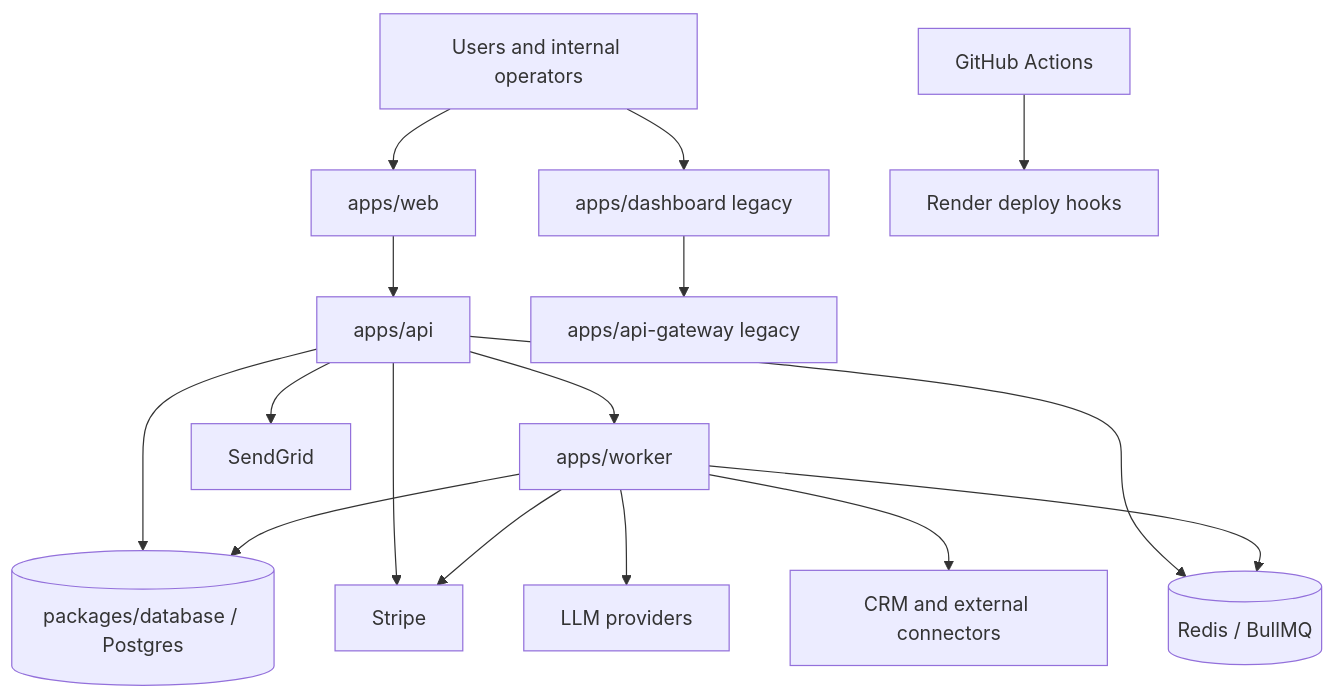
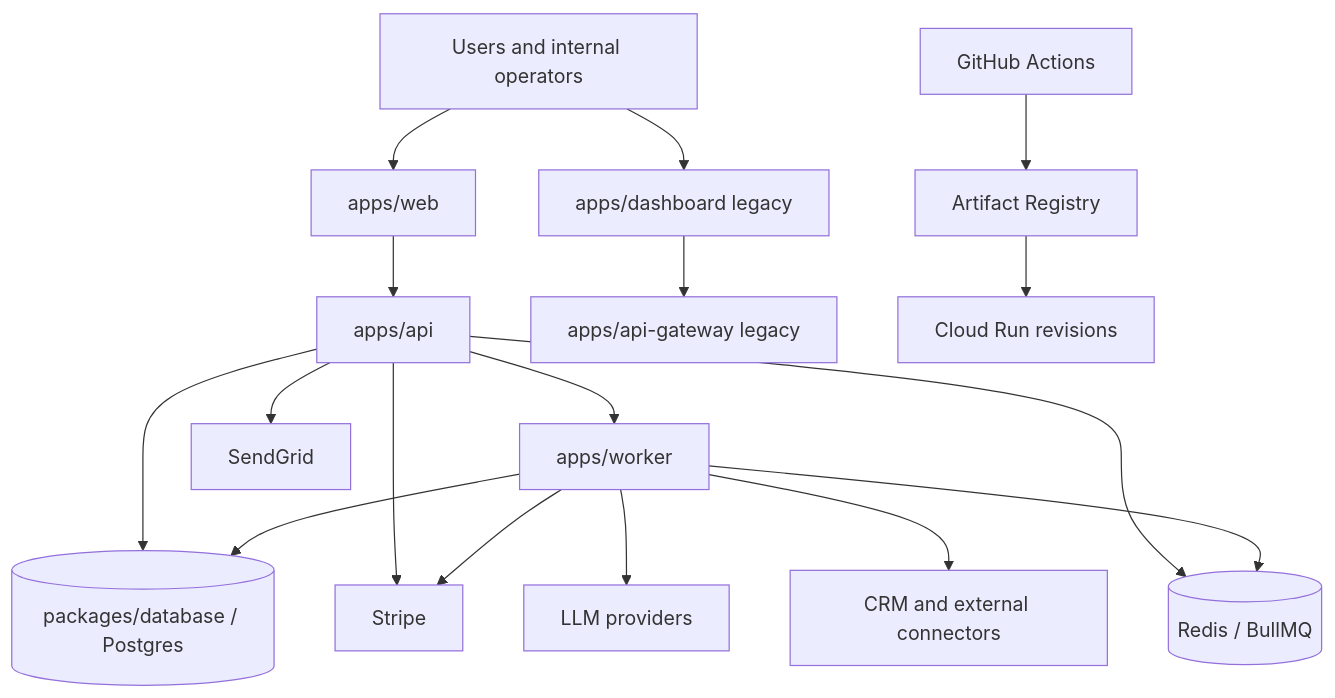
Before and after one commit to MaarksN/PROJETO-FINAL-BIRTHUB-360-INNOVATION: the first of 3 diagrams in docs/f10/architecture.md, drawn with Mermaid. The commit also changed other lines of this file and 82 other files, not shown here.

````diff
--- a/docs/f10/architecture.md
+++ b/docs/f10/architecture.md
@@ -16,18 +16,19 @@
 ```mermaid
 graph TD
   Users[Users and internal operators] --> Web[apps/web]
   Users --> Dashboard[apps/dashboard legacy]
   Web --> Api[apps/api]
   Dashboard --> ApiGateway[apps/api-gateway legacy]
   Api --> Worker[apps/worker]
   Api --> Database[(packages/database / Postgres)]
   Worker --> Database
   Api --> Stripe[Stripe]
   Worker --> Stripe
   Api --> SendGrid[SendGrid]
   Worker --> LLM[LLM providers]
   Worker --> CRM[CRM and external connectors]
   Api --> Redis[(Redis / BullMQ)]
   Worker --> Redis
-  GitHub[GitHub Actions] --> Render[Render deploy hooks]
+  GitHub[GitHub Actions] --> Registry[Artifact Registry]
+  Registry --> CloudRun[Cloud Run revisions]
 ```
````
